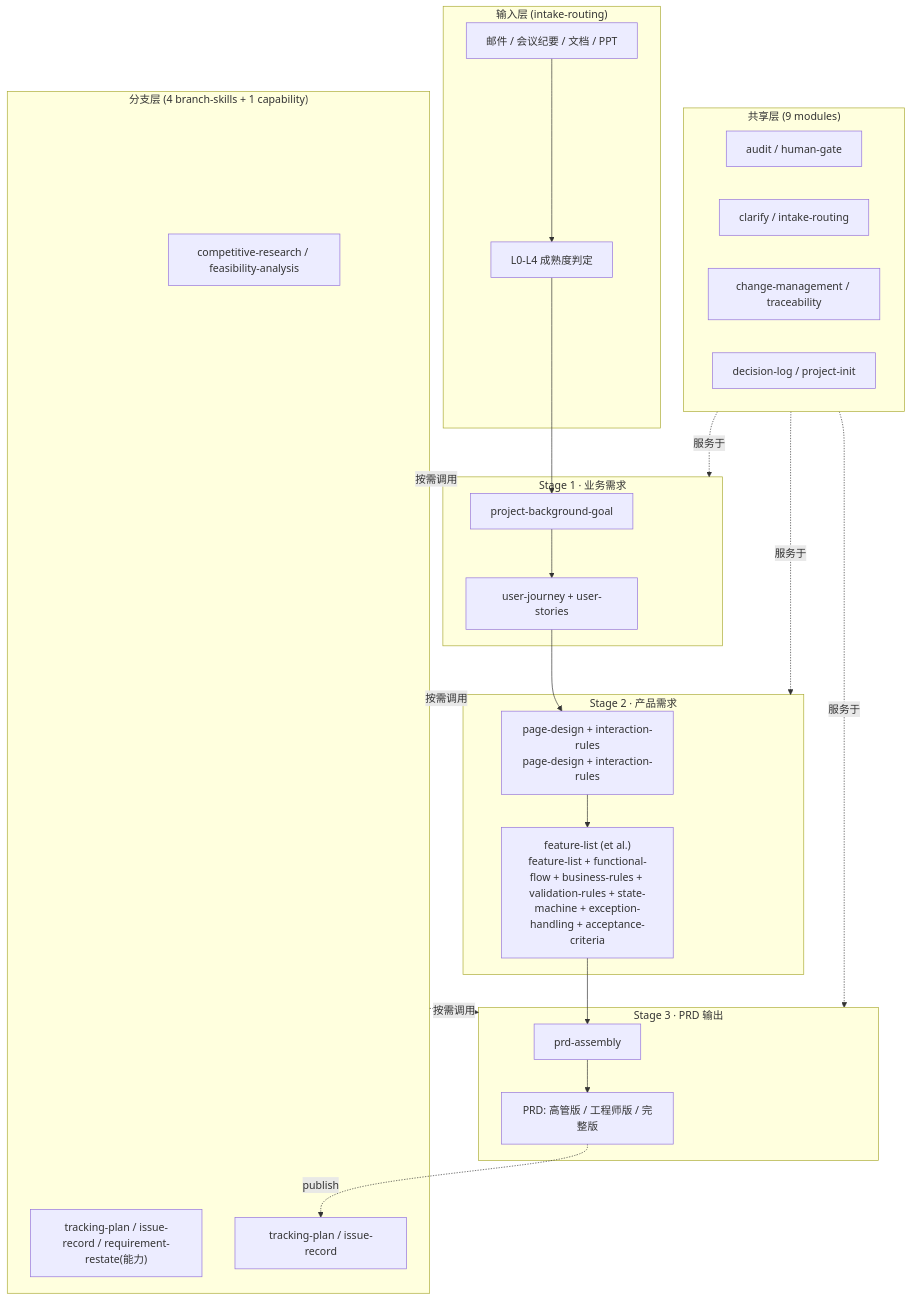
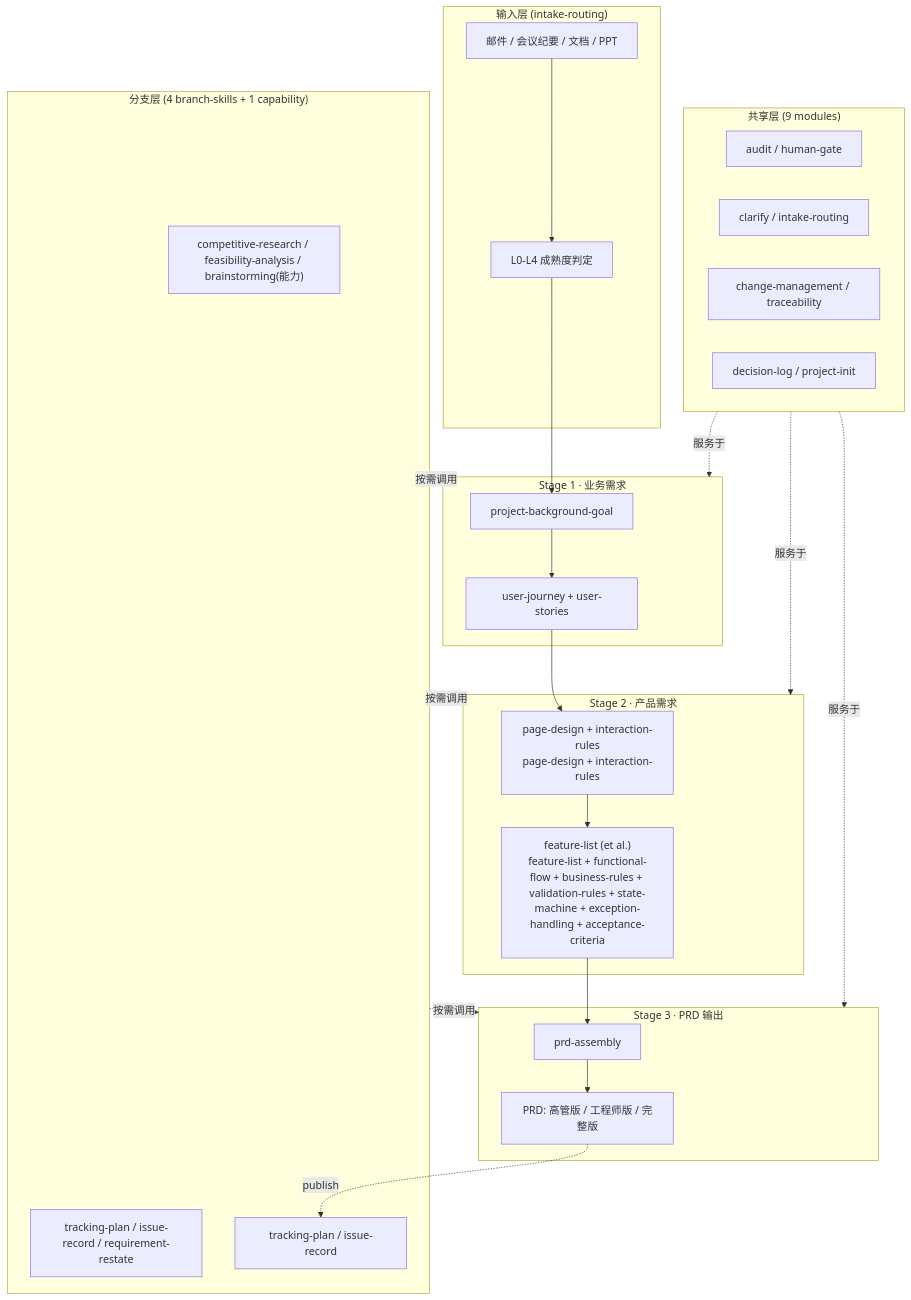
The diagram in docs/ARCHITECTURE.md (konwait12/pm-scaffold), drawn with Mermaid before and after one commit. The commit also changed other lines of this file and 33 other files, not shown here.

First line of the commit message:
feat(v0.5.1): split requirement-restate & brainstorming; unify support-skills paths

````diff
--- a/docs/ARCHITECTURE.md
+++ b/docs/ARCHITECTURE.md
@@ -11,49 +11,49 @@
 ```mermaid
 flowchart TB
     subgraph I["输入层 (intake-routing)"]
         I1["邮件 / 会议纪要 / 文档 / PPT"]
         I2["L0-L4 成熟度判定"]
     end
 
     subgraph S1["Stage 1 · 业务需求"]
         A1["project-background-goal"]
         A2["user-journey + user-stories"]
     end
 
     subgraph S2["Stage 2 · 产品需求"]
         B1["page-design + interaction-rules<br/>page-design + interaction-rules"]
         B2["feature-list (et al.)<br/>feature-list + functional-flow + business-rules + validation-rules + state-machine + exception-handling + acceptance-criteria"]
     end
 
     subgraph S3["Stage 3 · PRD 输出"]
         C1["prd-assembly"]
         C2["PRD: 高管版 / 工程师版 / 完整版"]
     end
 
     subgraph SH["共享层 (9 modules)"]
         SH1["audit / human-gate"]
         SH2["clarify / intake-routing"]
         SH3["change-management / traceability"]
         SH4["decision-log / project-init"]
     end
 
     subgraph SU["分支层 (4 branch-skills + 1 capability)"]
-        SU1["competitive-research / feasibility-analysis"]
-        SU2["tracking-plan / issue-record / requirement-restate(能力)"]
+        SU1["competitive-research / feasibility-analysis / brainstorming(能力)"]
+        SU2["tracking-plan / issue-record / requirement-restate"]
         SU3["tracking-plan / issue-record"]
     end
 
     I1 --> I2 --> A1
     A1 --> A2
     A2 --> B1
     B1 --> B2
     B2 --> C1
     C1 --> C2
     C2 -. publish .-> SU3
     SH -.服务于.-> S1
     SH -.服务于.-> S2
     SH -.服务于.-> S3
     SU -.按需调用.-> S1
     SU -.按需调用.-> S2
     SU -.按需调用.-> S3
 ```
````
